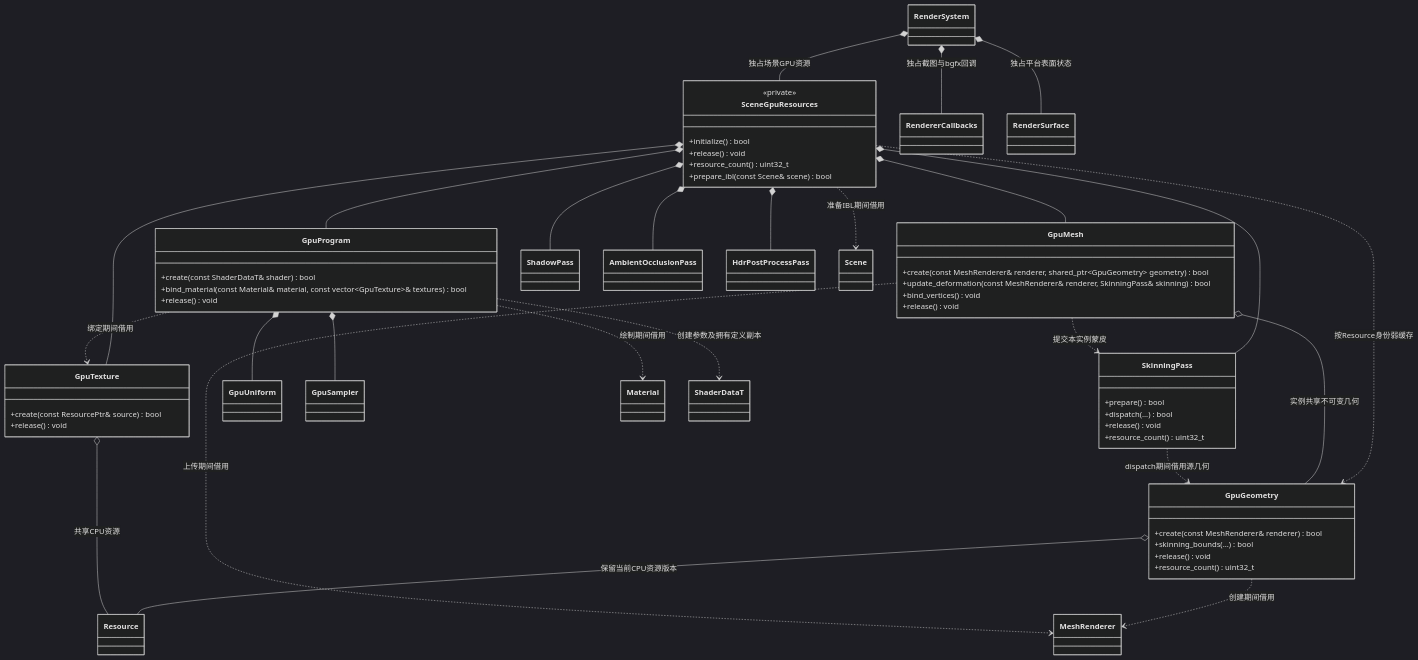
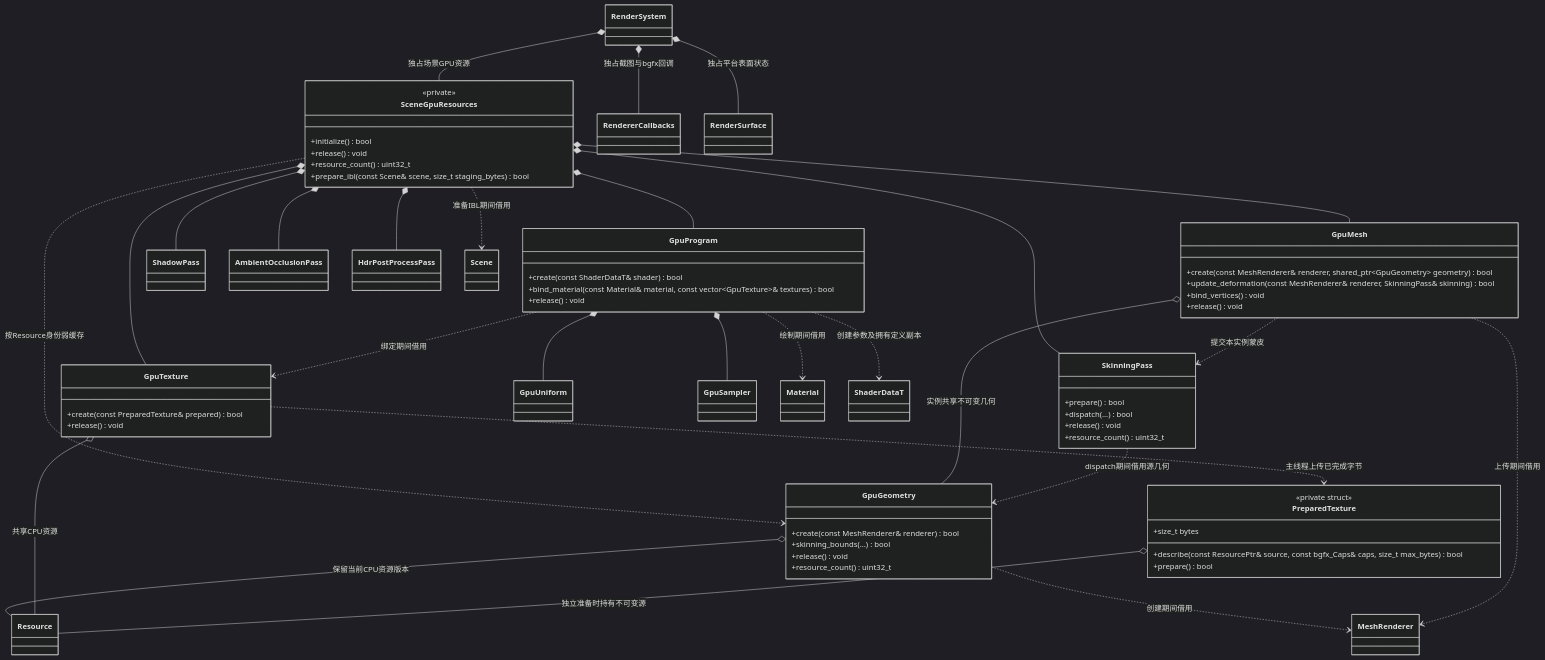
The first of 7 diagrams in docs/runtime/class-diagrams/render-system.md (lcals/Engine), drawn with Mermaid (dark theme) before and after one commit. The commit also changed other lines of this file and 135 other files, not shown here.

````diff
--- a/docs/runtime/class-diagrams/render-system.md
+++ b/docs/runtime/class-diagrams/render-system.md
@@ -13,74 +13,82 @@
 ```mermaid
 classDiagram
     class RenderSystem
     class SceneGpuResources {
         <<private>>
         +initialize() bool
         +release() void
         +resource_count() uint32_t
-        +prepare_ibl(const Scene& scene) bool
+        +prepare_ibl(const Scene& scene, size_t staging_bytes) bool
     }
     class GpuTexture {
-        +create(const ResourcePtr& source) bool
+        +create(const PreparedTexture& prepared) bool
         +release() void
+    }
+    class PreparedTexture {
+        <<private struct>>
+        +describe(const ResourcePtr& source, const bgfx_Caps& caps, size_t max_bytes) bool
+        +prepare() bool
+        +size_t bytes
     }
     class GpuProgram {
         +create(const ShaderDataT& shader) bool
         +bind_material(const Material& material, const vector~GpuTexture~& textures) bool
         +release() void
     }
     class GpuMesh {
         +create(const MeshRenderer& renderer, shared_ptr~GpuGeometry~ geometry) bool
         +update_deformation(const MeshRenderer& renderer, SkinningPass& skinning) bool
         +bind_vertices() void
         +release() void
     }
     class GpuGeometry {
         +create(const MeshRenderer& renderer) bool
         +skinning_bounds(...) bool
         +release() void
         +resource_count() uint32_t
     }
     class SkinningPass {
         +prepare() bool
         +dispatch(...) bool
         +release() void
         +resource_count() uint32_t
     }
     class GpuUniform
     class GpuSampler
     class ShadowPass
     class AmbientOcclusionPass
     class HdrPostProcessPass
     class RendererCallbacks
     class RenderSurface
     class Resource
     class Scene
     class Material
     class MeshRenderer
     class ShaderDataT
     RenderSystem *-- SceneGpuResources : 独占场景GPU资源
     RenderSystem *-- RendererCallbacks : 独占截图与bgfx回调
     RenderSystem *-- RenderSurface : 独占平台表面状态
     SceneGpuResources *-- GpuTexture
     SceneGpuResources *-- GpuProgram
     SceneGpuResources *-- GpuMesh
     SceneGpuResources ..> GpuGeometry : 按Resource身份弱缓存
     SceneGpuResources *-- SkinningPass
     GpuMesh o-- GpuGeometry : 实例共享不可变几何
     GpuGeometry o-- Resource : 保留当前CPU资源版本
     GpuGeometry ..> MeshRenderer : 创建期间借用
     GpuMesh ..> SkinningPass : 提交本实例蒙皮
     SkinningPass ..> GpuGeometry : dispatch期间借用源几何
     SceneGpuResources *-- ShadowPass
     SceneGpuResources *-- AmbientOcclusionPass
     SceneGpuResources *-- HdrPostProcessPass
     SceneGpuResources ..> Scene : 准备IBL期间借用
     GpuTexture o-- Resource : 共享CPU资源
+    PreparedTexture o-- Resource : 独立准备时持有不可变源
+    GpuTexture ..> PreparedTexture : 主线程上传已完成字节
     GpuProgram *-- GpuUniform
     GpuProgram *-- GpuSampler
     GpuProgram ..> ShaderDataT : 创建参数及拥有定义副本
     GpuProgram ..> Material : 绘制期间借用
     GpuProgram ..> GpuTexture : 绑定期间借用
     GpuMesh ..> MeshRenderer : 上传期间借用
 ```
````
